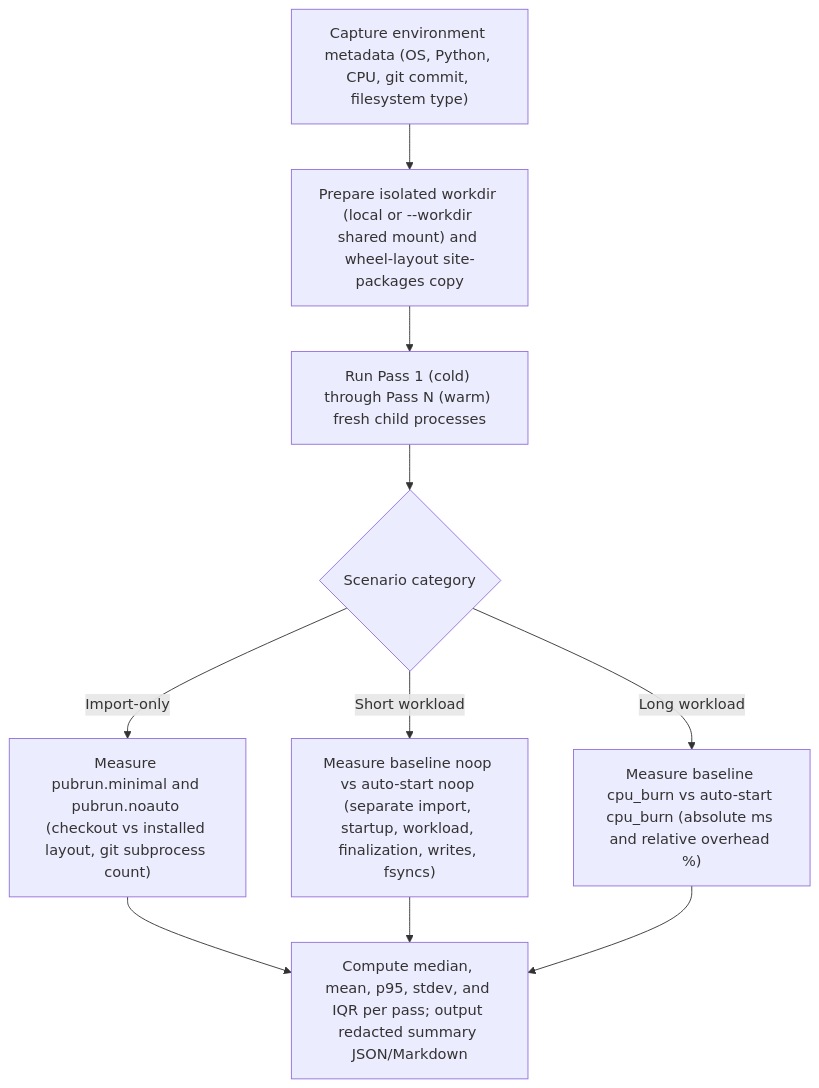
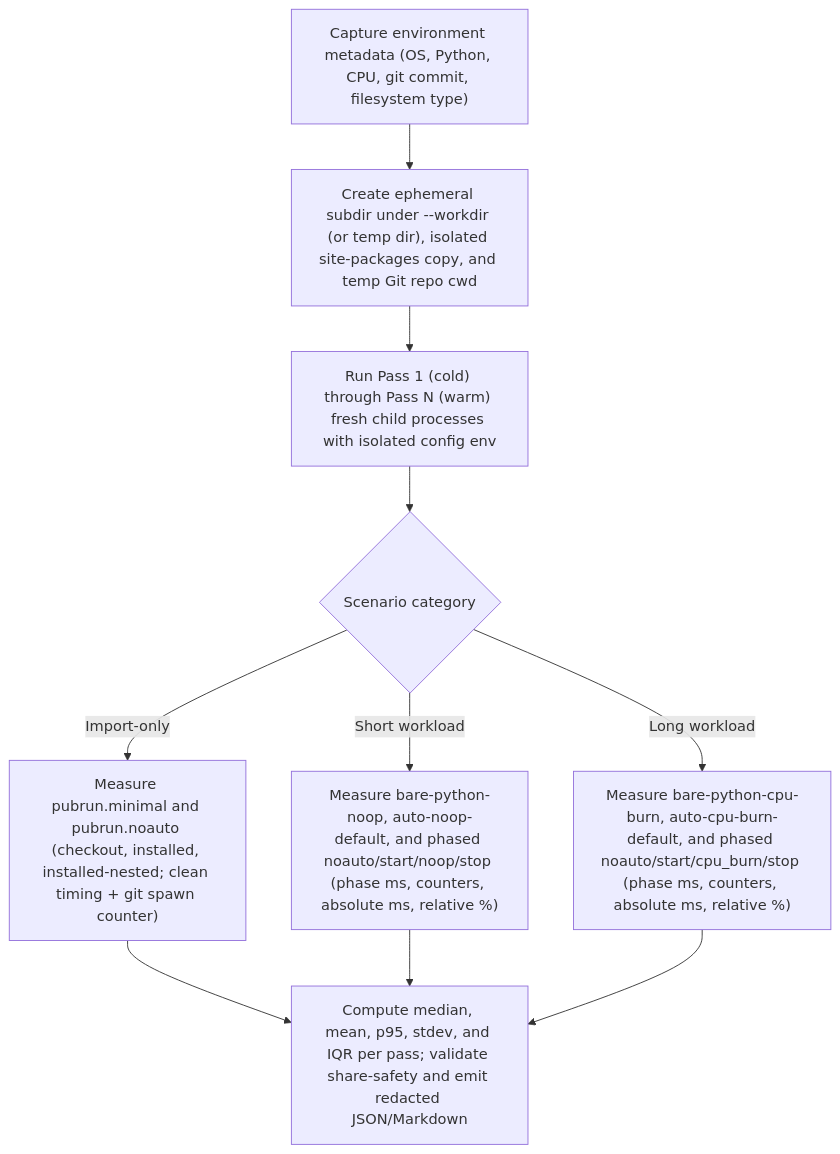
Before and after one commit to fariello/pubrun: the diagram in .aw/records/plans/pending/20261121-startup-perf-01-fthyv5-startup-and-finalization-overhead-baseline-measurement.ipd.md, drawn with Mermaid. The commit also changed other lines of this file and 1 other file, not shown here.

````diff
--- a/.aw/records/plans/pending/20261121-startup-perf-01-fthyv5-startup-and-finalization-overhead-baseline-measurement.ipd.md
+++ b/.aw/records/plans/pending/20261121-startup-perf-01-fthyv5-startup-and-finalization-overhead-baseline-measurement.ipd.md
@@ -35,12 +38,12 @@
 ```mermaid
 flowchart TD
-    A["Capture environment metadata (OS, Python, CPU, git commit, filesystem type)"] --> B["Prepare isolated workdir (local or --workdir shared mount) and wheel-layout site-packages copy"]
-    B --> C["Run Pass 1 (cold) through Pass N (warm) fresh child processes"]
+    A["Capture environment metadata (OS, Python, CPU, git commit, filesystem type)"] --> B["Create ephemeral subdir under --workdir (or temp dir), isolated site-packages copy, and temp Git repo cwd"]
+    B --> C["Run Pass 1 (cold) through Pass N (warm) fresh child processes with isolated config env"]
     C --> D{"Scenario category"}
-    D -->|Import-only| E["Measure pubrun.minimal and pubrun.noauto (checkout vs installed layout, git subprocess count)"]
-    D -->|Short workload| F["Measure baseline noop vs auto-start noop (separate import, startup, workload, finalization, writes, fsyncs)"]
-    D -->|Long workload| G["Measure baseline cpu_burn vs auto-start cpu_burn (absolute ms and relative overhead %)"]
-    E --> H["Compute median, mean, p95, stdev, and IQR per pass; output redacted summary JSON/Markdown"]
+    D -->|Import-only| E["Measure pubrun.minimal and pubrun.noauto (checkout, installed, installed-nested; clean timing + git spawn counter)"]
+    D -->|Short workload| F["Measure bare-python-noop, auto-noop-default, and phased noauto/start/noop/stop (phase ms, counters, absolute ms, relative %)"]
+    D -->|Long workload| G["Measure bare-python-cpu-burn, auto-cpu-burn-default, and phased noauto/start/cpu_burn/stop (phase ms, counters, absolute ms, relative %)"]
+    E --> H["Compute median, mean, p95, stdev, and IQR per pass; validate share-safety and emit redacted JSON/Markdown"]
     F --> H
     G --> H
 ```
````
